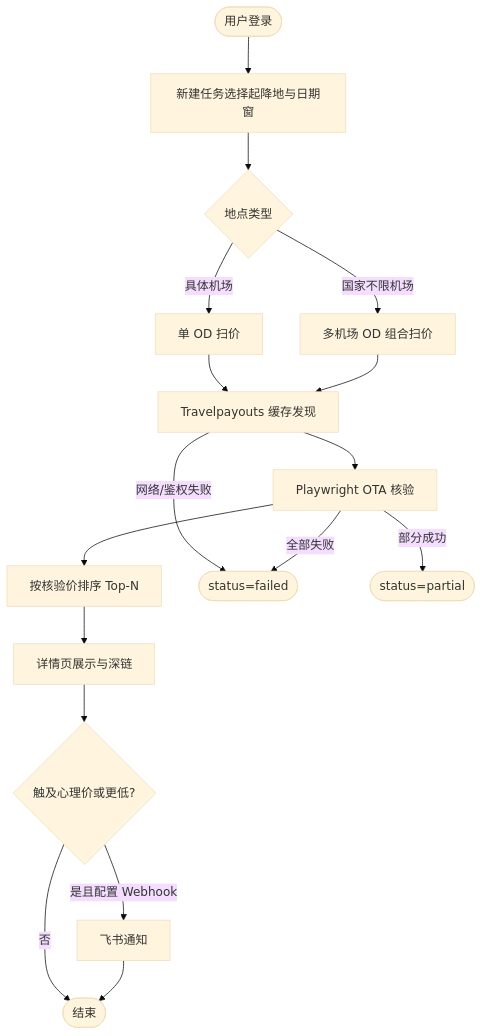
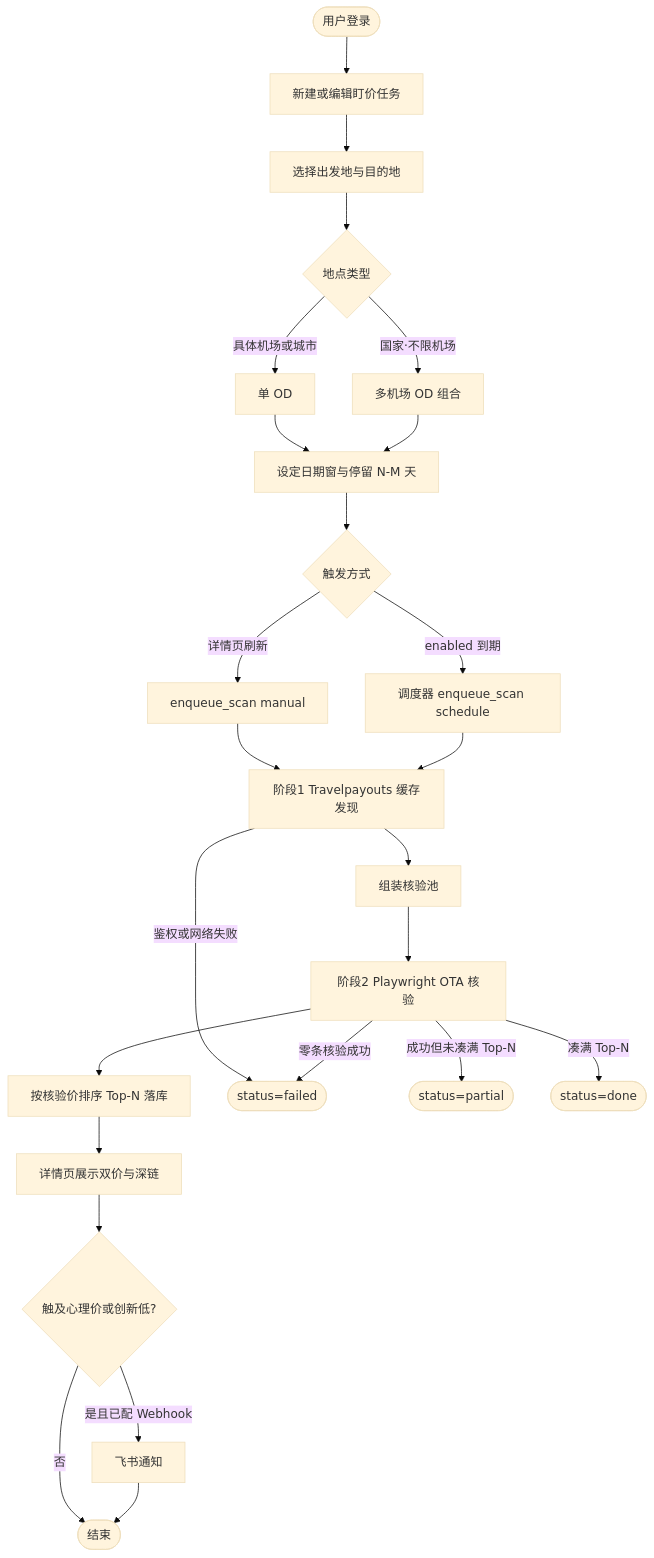
One commit to krisaruz/flight-monitor changed the first of 4 diagrams in PRD.md. Above: the diagram before and after it, drawn with Mermaid (base theme). The commit also changed other lines of this file and 22 other files, not shown here.

First line of the commit message:
Add Story Nav and multi-OTA verify; drop local iteration artifacts.

````diff
--- a/PRD.md
+++ b/PRD.md
@@ -50,19 +107,27 @@
 ```mermaid
 flowchart TD
-  Start([用户登录]) --> Create[新建任务选择起降地与日期窗]
-  Create --> Place{地点类型}
-  Place -->|具体机场| Single[单 OD 扫价]
-  Place -->|国家不限机场| Multi[多机场 OD 组合扫价]
-  Single --> Discover[Travelpayouts 缓存发现]
-  Multi --> Discover
-  Discover --> Verify[Playwright OTA 核验]
-  Verify --> Rank[按核验价排序 Top-N]
-  Rank --> Show[详情页展示与深链]
-  Show --> Notify{触及心理价或更低?}
-  Notify -->|是且配置 Webhook| Feishu[飞书通知]
-  Notify -->|否| End([结束])
-  Feishu --> End
-  Discover -->|网络/鉴权失败| Fail([status=failed])
-  Verify -->|全部失败| Fail
-  Verify -->|部分成功| Partial([status=partial])
+  A([用户登录]) --> B[新建或编辑盯价任务]
+  B --> C[选择出发地与目的地]
+  C --> D{地点类型}
+  D -->|具体机场或城市| E[单 OD]
+  D -->|国家·不限机场| F[多机场 OD 组合]
+  E --> G[设定日期窗与停留 N-M 天]
+  F --> G
+  G --> H{触发方式}
+  H -->|详情页刷新| I[enqueue_scan manual]
+  H -->|enabled 到期| J[调度器 enqueue_scan schedule]
+  I --> K[阶段1 Travelpayouts 缓存发现]
+  J --> K
+  K --> L[组装核验池]
+  L --> M[阶段2 Playwright OTA 核验]
+  M --> N[按核验价排序 Top-N 落库]
+  N --> O[详情页展示双价与深链]
+  O --> P{触及心理价或创新低?}
+  P -->|是且已配 Webhook| Q[飞书通知]
+  P -->|否| R([结束])
+  Q --> R
+  K -->|鉴权或网络失败| X([status=failed])
+  M -->|零条核验成功| X
+  M -->|成功但未凑满 Top-N| Y([status=partial])
+  M -->|凑满 Top-N| Z([status=done])
 ```
````
